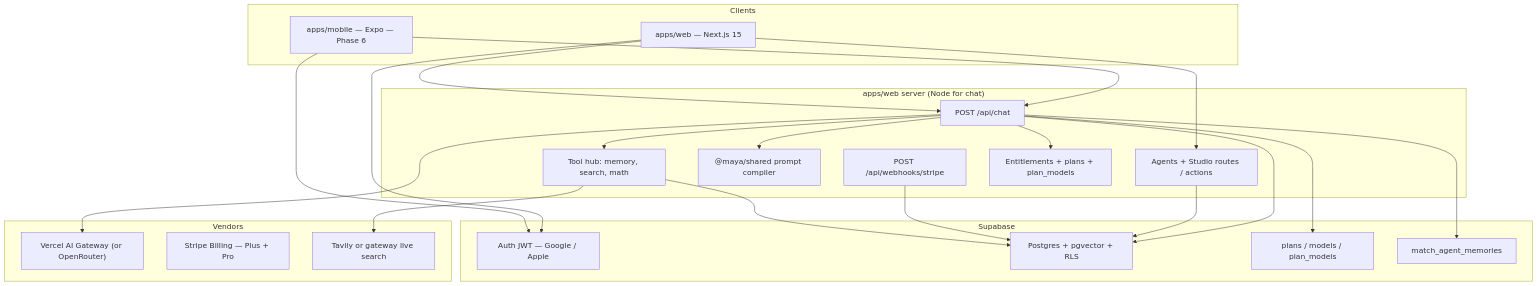
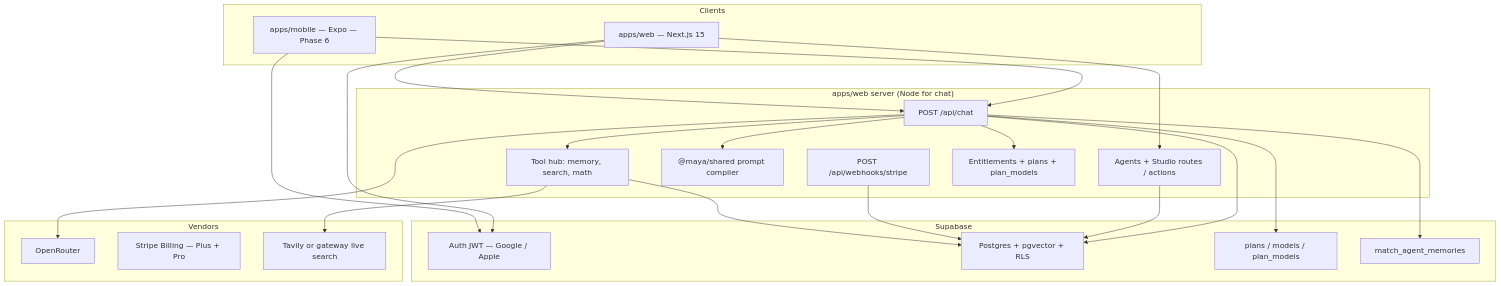
The first of 2 diagrams in docs/technical-plan.md (tara-bisht/maya-chat), drawn with Mermaid before and after one commit. The commit also changed other lines of this file and 134 other files, not shown here.

````diff
--- a/docs/technical-plan.md
+++ b/docs/technical-plan.md
@@ -41,46 +41,46 @@
 ```mermaid
 graph TB
     subgraph Clients
         Web["apps/web — Next.js 15"]
         Mobile["apps/mobile — Expo — Phase 6"]
     end
 
     subgraph NextServer["apps/web server (Node for chat)"]
         Chat["POST /api/chat"]
         AgentsAPI["Agents + Studio routes / actions"]
         StripeWH["POST /api/webhooks/stripe"]
         Prompt["@maya/shared prompt compiler"]
         Tools["Tool hub: memory, search, math"]
         Quota["Entitlements + plans + plan_models"]
     end
 
     subgraph Data["Supabase"]
         Auth["Auth JWT — Google / Apple"]
         PG["Postgres + pgvector + RLS"]
         Catalog["plans / models / plan_models"]
         RPC["match_agent_memories"]
     end
 
     subgraph Vendors
-        GW["Vercel AI Gateway (or OpenRouter)"]
+        GW["OpenRouter"]
         Stripe["Stripe Billing — Plus + Pro"]
         Search["Tavily or gateway live search"]
     end
 
     Web --> Chat
     Web --> AgentsAPI
     Mobile --> Chat
     Mobile --> Auth
     Chat --> Quota
     Chat --> Prompt
     Chat --> Tools
     Chat --> Catalog
     Chat --> GW
     Chat --> RPC
     Tools --> PG
     Tools --> Search
     StripeWH --> PG
     AgentsAPI --> PG
     Chat --> PG
     Web --> Auth
 ```
````
